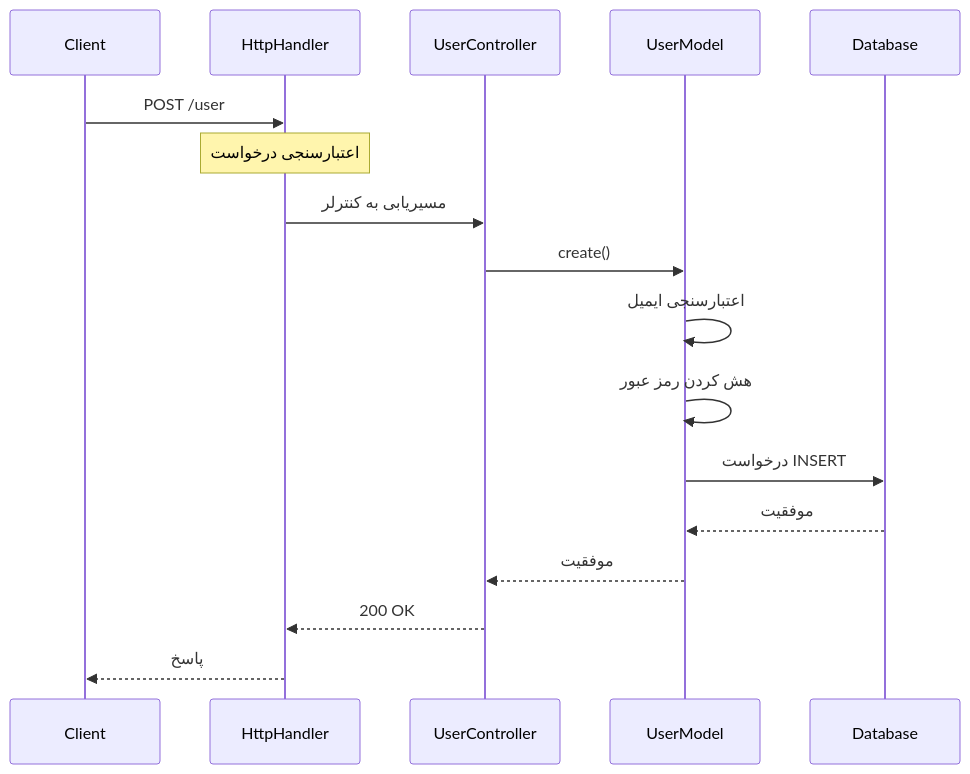
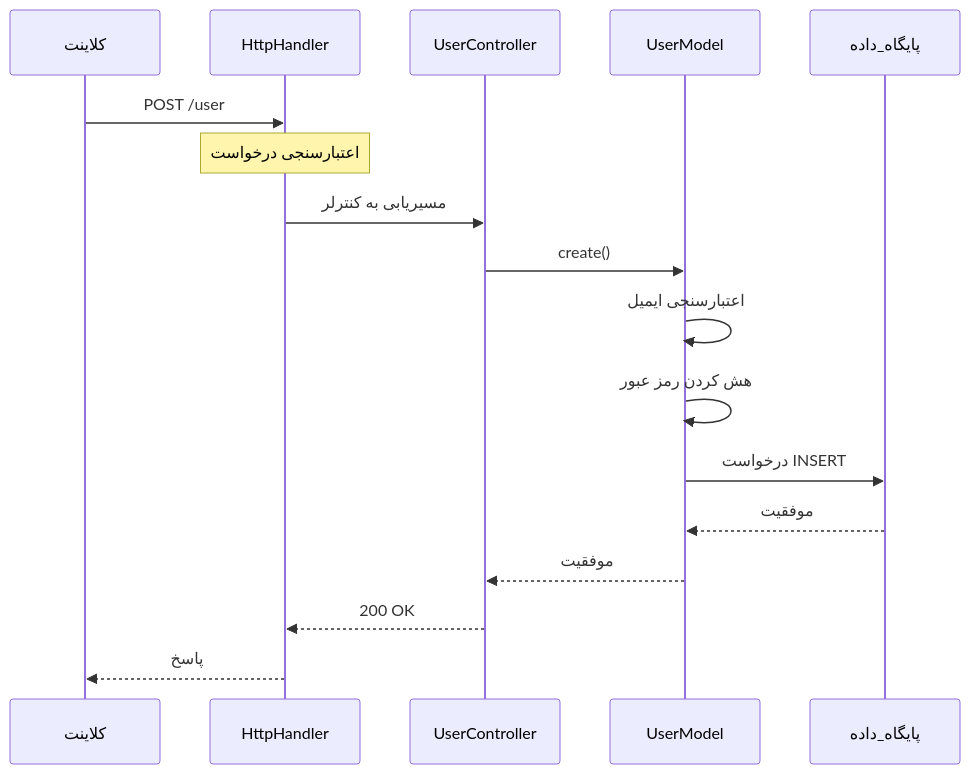
The second of 4 diagrams in DOCUMENTATION.fa.md (secure73/MicrosPy), drawn with Mermaid before and after one commit. The commit also changed other lines of this file and 2 other files, not shown here.

````diff
--- a/DOCUMENTATION.fa.md
+++ b/DOCUMENTATION.fa.md
@@ -402,20 +552,20 @@
 ```mermaid
 sequenceDiagram
-    participant Client
+    participant کلاینت
     participant HttpHandler
     participant UserController
     participant UserModel
-    participant Database
+    participant پایگاه_داده
 
-    Client->>HttpHandler: POST /user
+    کلاینت->>HttpHandler: POST /user
     Note over HttpHandler: اعتبارسنجی درخواست
     HttpHandler->>UserController: مسیریابی به کنترلر
     UserController->>UserModel: create()
     UserModel->>UserModel: اعتبارسنجی ایمیل
     UserModel->>UserModel: هش کردن رمز عبور
-    UserModel->>Database: درخواست INSERT
-    Database-->>UserModel: موفقیت
+    UserModel->>پایگاه_داده: درخواست INSERT
+    پایگاه_داده-->>UserModel: موفقیت
     UserModel-->>UserController: موفقیت
     UserController-->>HttpHandler: 200 OK
-    HttpHandler-->>Client: پاسخ
+    HttpHandler-->>کلاینت: پاسخ
 ```
````
